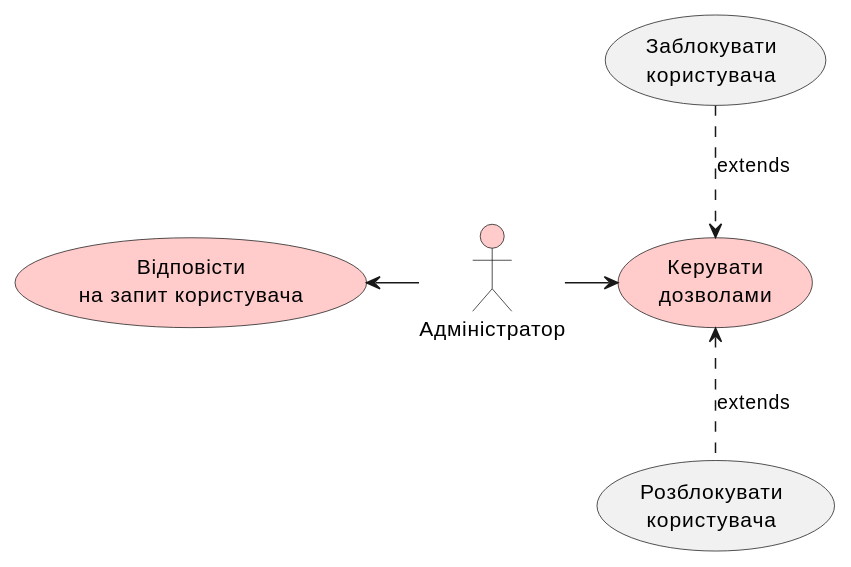
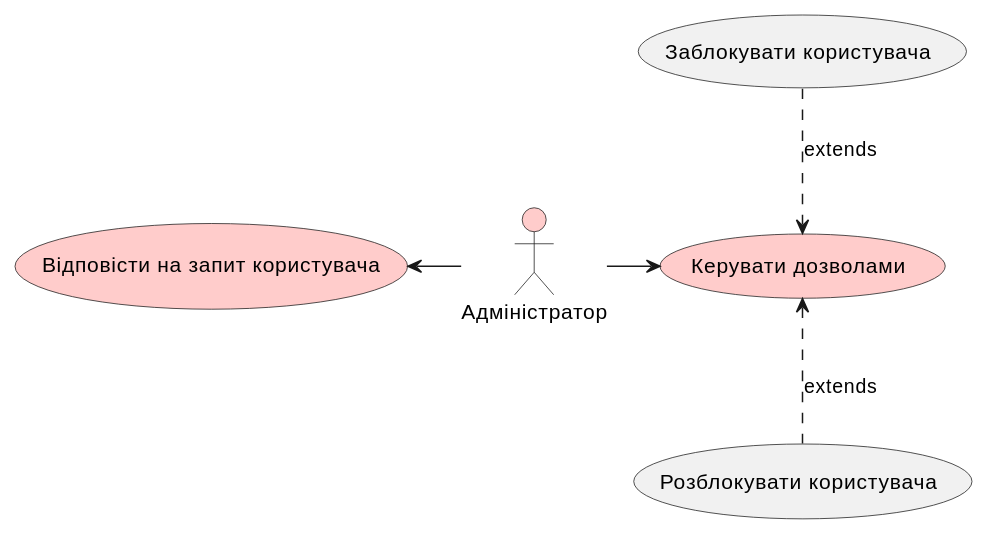
One commit to wiiiolettaaaaa/coursework_database changed the fifth of 27 diagrams in docs/use cases/README.md. Above: the diagram before and after it, drawn with PlantUML. The commit also changed other lines of this file, not shown here.

```diff
--- a/docs/use cases/README.md
+++ b/docs/use cases/README.md
@@ -181,18 +181,18 @@
 @startuml
 
     actor "Адміністратор" as Admin #ffcccb
 
-    usecase "Керувати\nдозволами" as PermissionsManage #ffcccb
+    usecase "Керувати дозволами" as PermissionsManage #ffcccb
 
-    usecase "Заблокувати\nкористувача" as BlockUser
-    usecase "Розблокувати\nкористувача" as UnblockUser
-    usecase "Відповісти\nна запит користувача" as RespondUserRequest #ffcccb
+    usecase "Заблокувати користувача" as BlockUser
+    usecase "Розблокувати користувача" as UnblockUser
+    usecase "Відповісти на запит користувача" as RespondUserRequest #ffcccb
 
 
     Admin -l-> RespondUserRequest
     Admin -r-> PermissionsManage
 
     PermissionsManage <.u. BlockUser :extends
     PermissionsManage <.d. UnblockUser :extends
 
 @enduml
```
